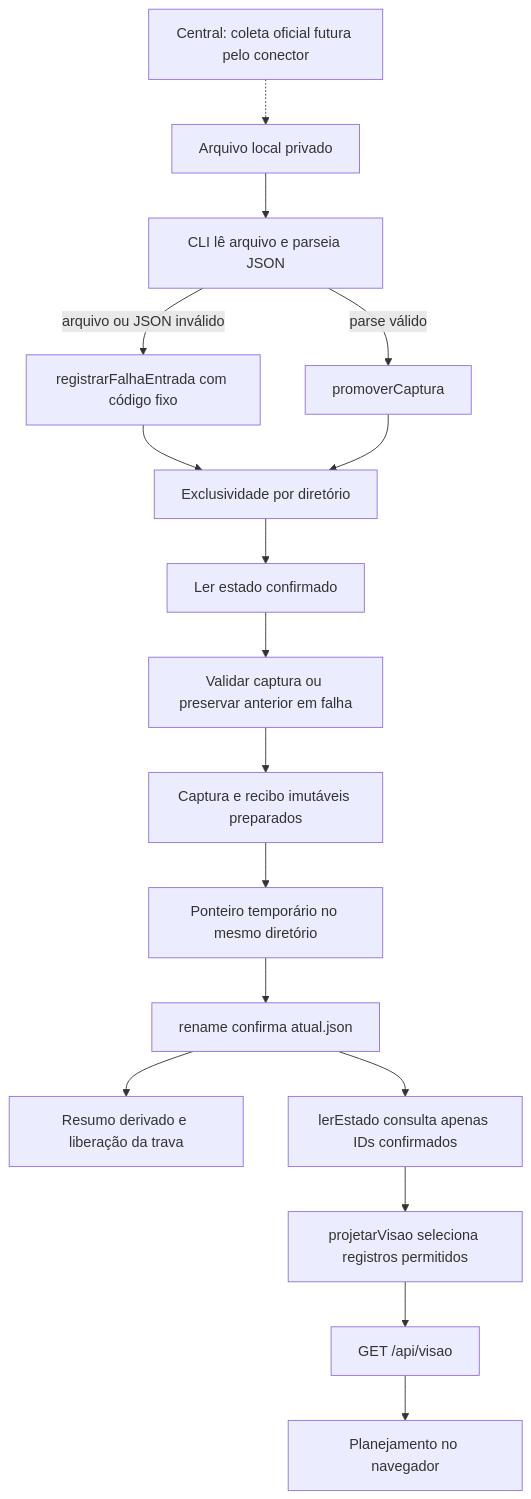
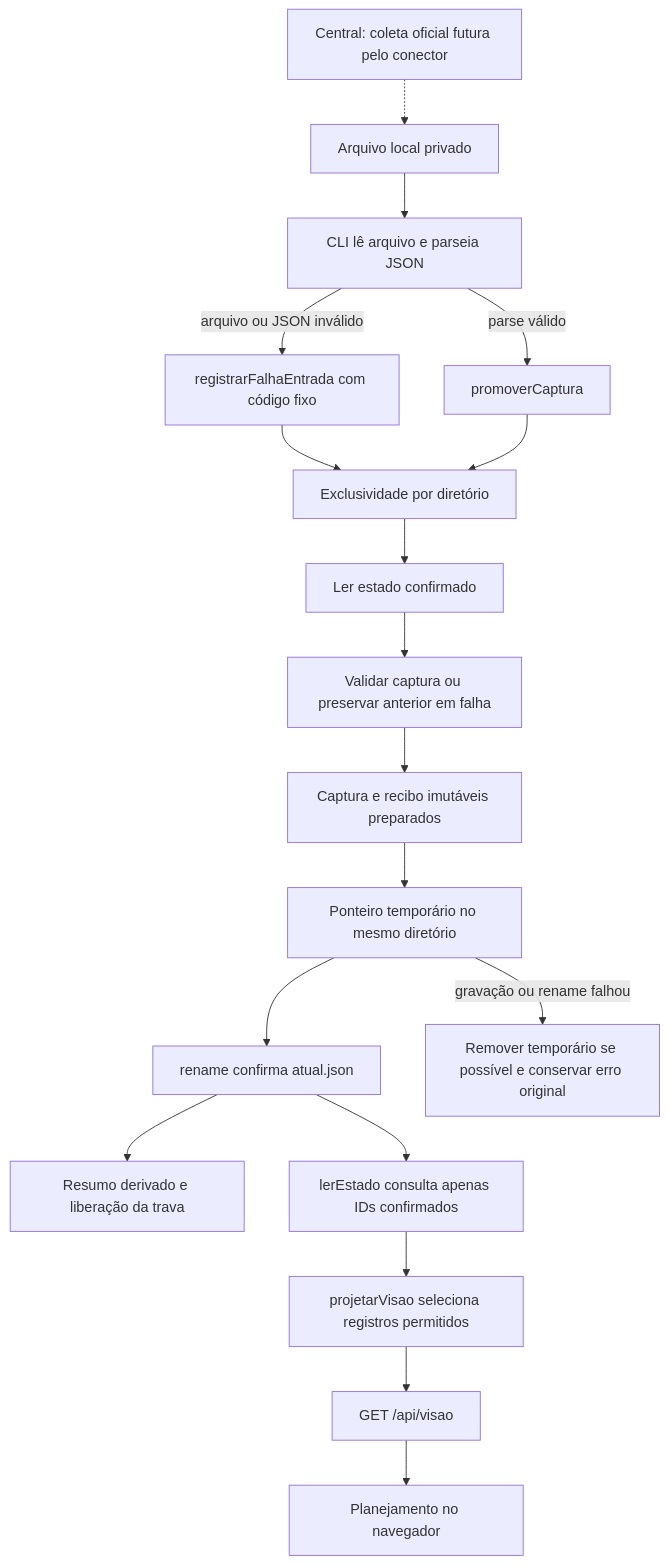
Before and after one commit to Browsher/crm-social: the second of 3 diagrams in docs/architecture.md, drawn with Mermaid. The commit also changed other lines of this file and 22 other files, not shown here.

````diff
--- a/docs/architecture.md
+++ b/docs/architecture.md
@@ -43,19 +45,20 @@
 ```mermaid
 flowchart TD
   Central["Central: coleta oficial futura pelo conector"] -.-> JSON[Arquivo local privado]
   JSON --> CLI[CLI lê arquivo e parseia JSON]
   CLI -->|arquivo ou JSON inválido| Falha[registrarFalhaEntrada com código fixo]
   CLI -->|parse válido| Promover[promoverCaptura]
   Falha --> Lock[Exclusividade por diretório]
   Promover --> Lock
   Lock --> Estado[Ler estado confirmado]
   Estado --> Validar[Validar captura ou preservar anterior em falha]
   Validar --> Preparar[Captura e recibo imutáveis preparados]
   Preparar --> Ponteiro[Ponteiro temporário no mesmo diretório]
   Ponteiro --> Confirmar[rename confirma atual.json]
+  Ponteiro -->|gravação ou rename falhou| Limpeza[Remover temporário se possível e conservar erro original]
   Confirmar --> Cache[Resumo derivado e liberação da trava]
   Confirmar --> Ler[lerEstado consulta apenas IDs confirmados]
   Ler --> Projetar[projetarVisao seleciona registros permitidos]
   Projetar --> API[GET /api/visao]
   API --> UI[Planejamento no navegador]
 ```
````
